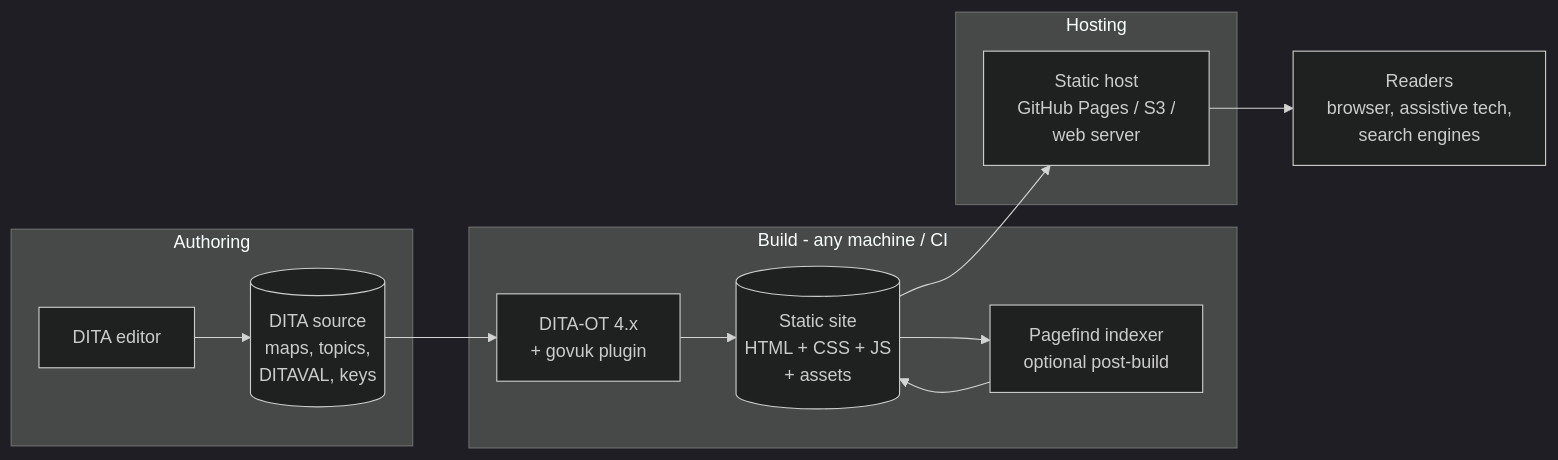
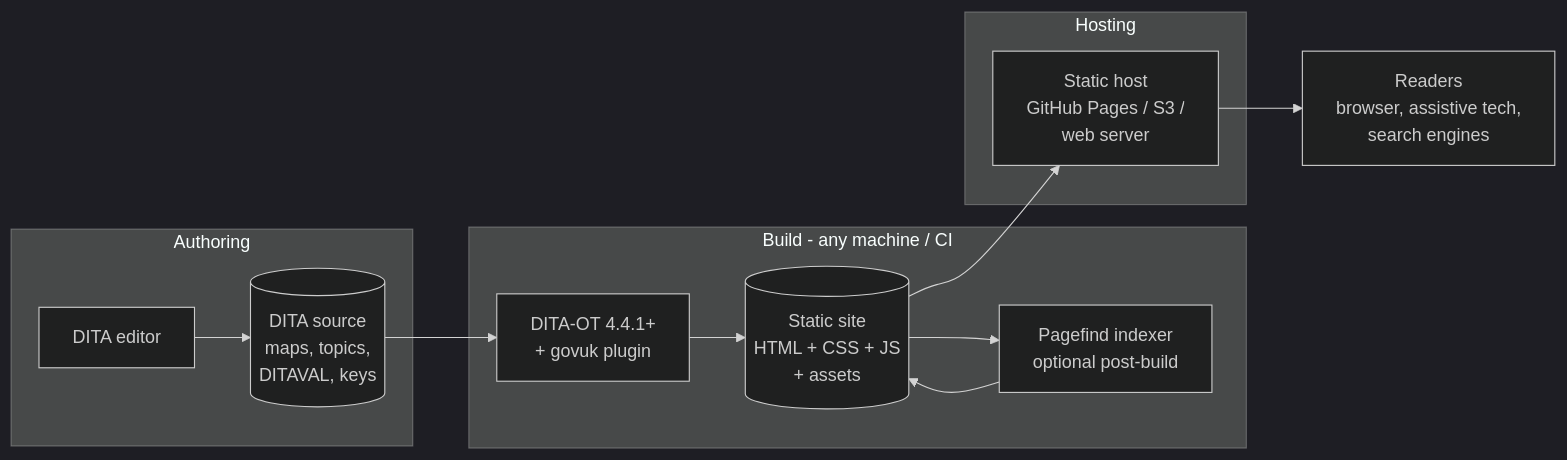
One commit to iStandUK/govuk-dita-plugin changed the diagram in design/01-context.md. Above: the diagram before and after it, drawn with Mermaid (dark theme). The commit also changed other lines of this file and 5 other files, not shown here.

````diff
--- a/design/01-context.md
+++ b/design/01-context.md
@@ -82,19 +82,19 @@
 ```mermaid
 flowchart LR
     subgraph Authoring
         A["DITA editor"] --> S[("DITA source<br/>maps, topics,<br/>DITAVAL, keys")]
     end
 
     subgraph Build["Build - any machine / CI"]
-        S --> OT["DITA-OT 4.x<br/>+ govuk plugin"]
+        S --> OT["DITA-OT 4.4.1+<br/>+ govuk plugin"]
         OT --> OUT[("Static site<br/>HTML + CSS + JS<br/>+ assets")]
         OUT --> PF["Pagefind indexer<br/>optional post-build"]
         PF --> OUT
     end
 
     subgraph Hosting
         OUT --> H["Static host<br/>GitHub Pages / S3 /<br/>web server"]
     end
 
     H --> U["Readers<br/>browser, assistive tech,<br/>search engines"]
 ```
````
